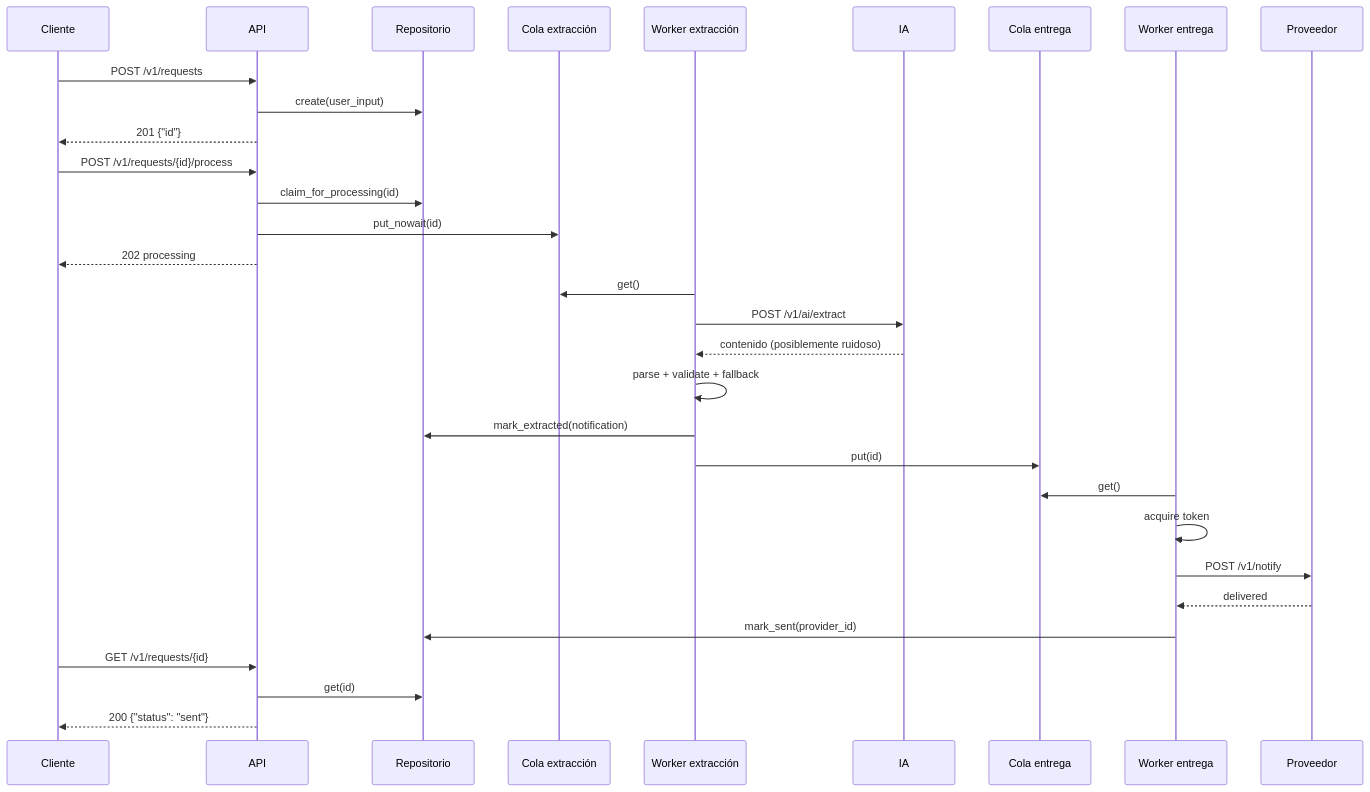
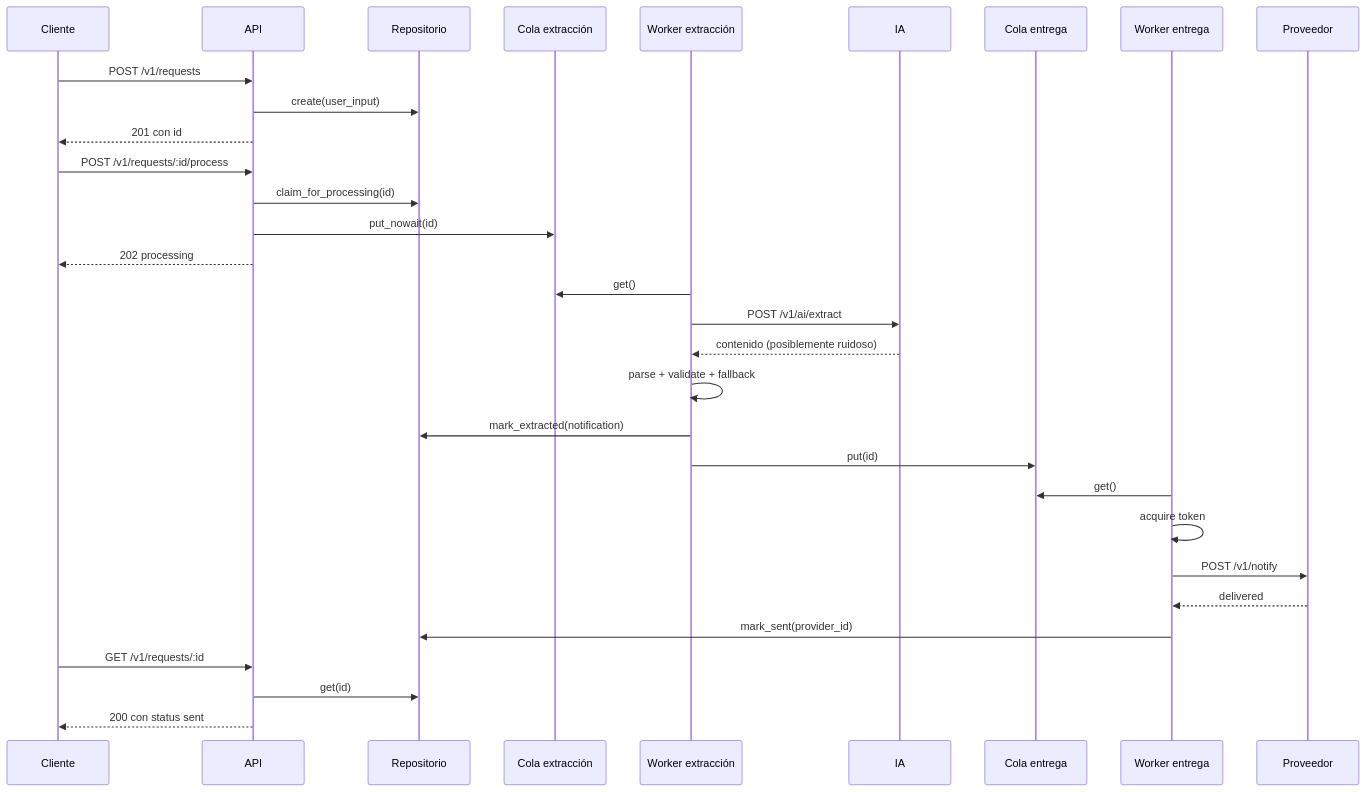
Before and after one commit to eloylago13/ai-python-test: the second of 3 diagrams in docs/architecture.md, drawn with Mermaid. The commit also changed other lines of this file and 1 other file, not shown here.

````diff
--- a/docs/architecture.md
+++ b/docs/architecture.md
@@ -128,38 +125,38 @@
 ```mermaid
 sequenceDiagram
     participant C as Cliente
     participant A as API
     participant R as Repositorio
     participant EQ as Cola extracción
     participant E as Worker extracción
     participant AI as IA
     participant DQ as Cola entrega
     participant D as Worker entrega
     participant P as Proveedor
 
     C->>A: POST /v1/requests
     A->>R: create(user_input)
-    A-->>C: 201 {"id"}
+    A-->>C: 201 con id
 
-    C->>A: POST /v1/requests/{id}/process
+    C->>A: POST /v1/requests/:id/process
     A->>R: claim_for_processing(id)
     A->>EQ: put_nowait(id)
     A-->>C: 202 processing
 
     E->>EQ: get()
     E->>AI: POST /v1/ai/extract
     AI-->>E: contenido (posiblemente ruidoso)
     E->>E: parse + validate + fallback
     E->>R: mark_extracted(notification)
     E->>DQ: put(id)
 
     D->>DQ: get()
     D->>D: acquire token
     D->>P: POST /v1/notify
     P-->>D: delivered
     D->>R: mark_sent(provider_id)
 
-    C->>A: GET /v1/requests/{id}
+    C->>A: GET /v1/requests/:id
     A->>R: get(id)
-    A-->>C: 200 {"status": "sent"}
+    A-->>C: 200 con status sent
 ```
````
